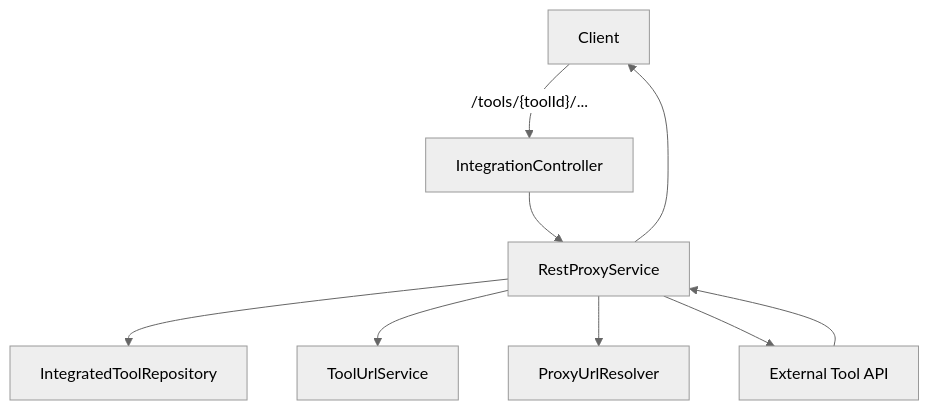
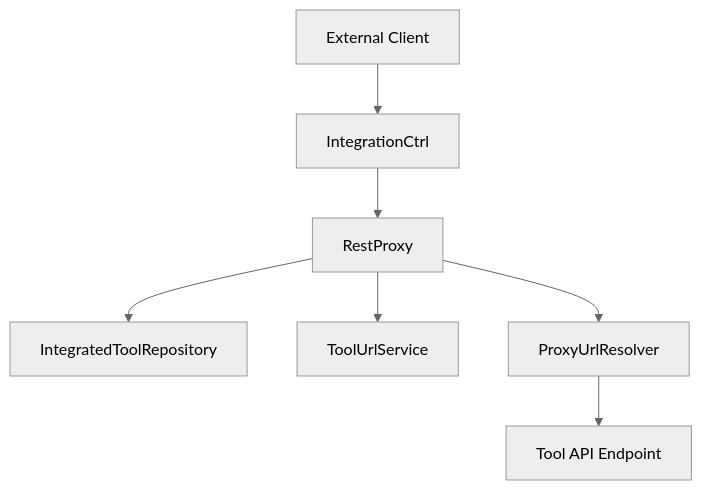
The fourth of 6 diagrams in docs/reference/architecture/external-api-service-core/external-api-service-core.md (flamingo-stack/openframe-oss-lib), drawn with Mermaid (neutral theme) before and after one commit. The commit also changed other lines of this file and 212 other files, not shown here.

````diff
--- a/docs/reference/architecture/external-api-service-core/external-api-service-core.md
+++ b/docs/reference/architecture/external-api-service-core/external-api-service-core.md
@@ -286,11 +301,9 @@
 ```mermaid
 flowchart TD
-    Client -->|"/tools/{toolId}/..."| IntegrationController
-    IntegrationController --> RestProxyService
-    RestProxyService --> IntegratedToolRepository
-    RestProxyService --> ToolUrlService
-    RestProxyService --> ProxyUrlResolver
-    RestProxyService --> ExternalTool["External Tool API"]
-    ExternalTool --> RestProxyService
-    RestProxyService --> Client
+    Client["External Client"] --> IntegrationCtrl
+    IntegrationCtrl --> RestProxy
+    RestProxy --> ToolRepo["IntegratedToolRepository"]
+    RestProxy --> UrlService["ToolUrlService"]
+    RestProxy --> Resolver["ProxyUrlResolver"]
+    Resolver --> Target["Tool API Endpoint"]
 ```
````
